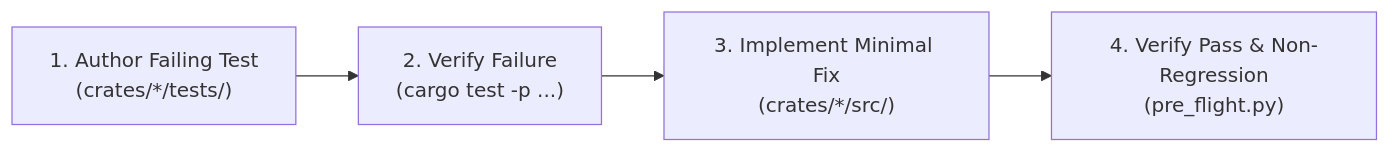
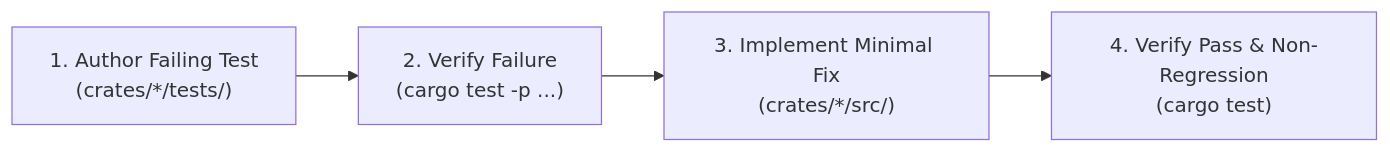
One commit to tomek-anuszkiewicz/amiga-studio changed the diagram in .agents/rules/repro-first.md. Above: the diagram before and after it, drawn with Mermaid. The commit also changed other lines of this file and 8 other files, not shown here.

````diff
--- a/.agents/rules/repro-first.md
+++ b/.agents/rules/repro-first.md
@@ -17,6 +17,6 @@
 ```mermaid
 flowchart LR
     A["1. Author Failing Test<br/>(crates/*/tests/)"] --> B["2. Verify Failure<br/>(cargo test -p ...)"]
     B --> C["3. Implement Minimal Fix<br/>(crates/*/src/)"]
-    C --> D["4. Verify Pass & Non-Regression<br/>(pre_flight.py)"]
+    C --> D["4. Verify Pass & Non-Regression<br/>(cargo test)"]
 ```
````
